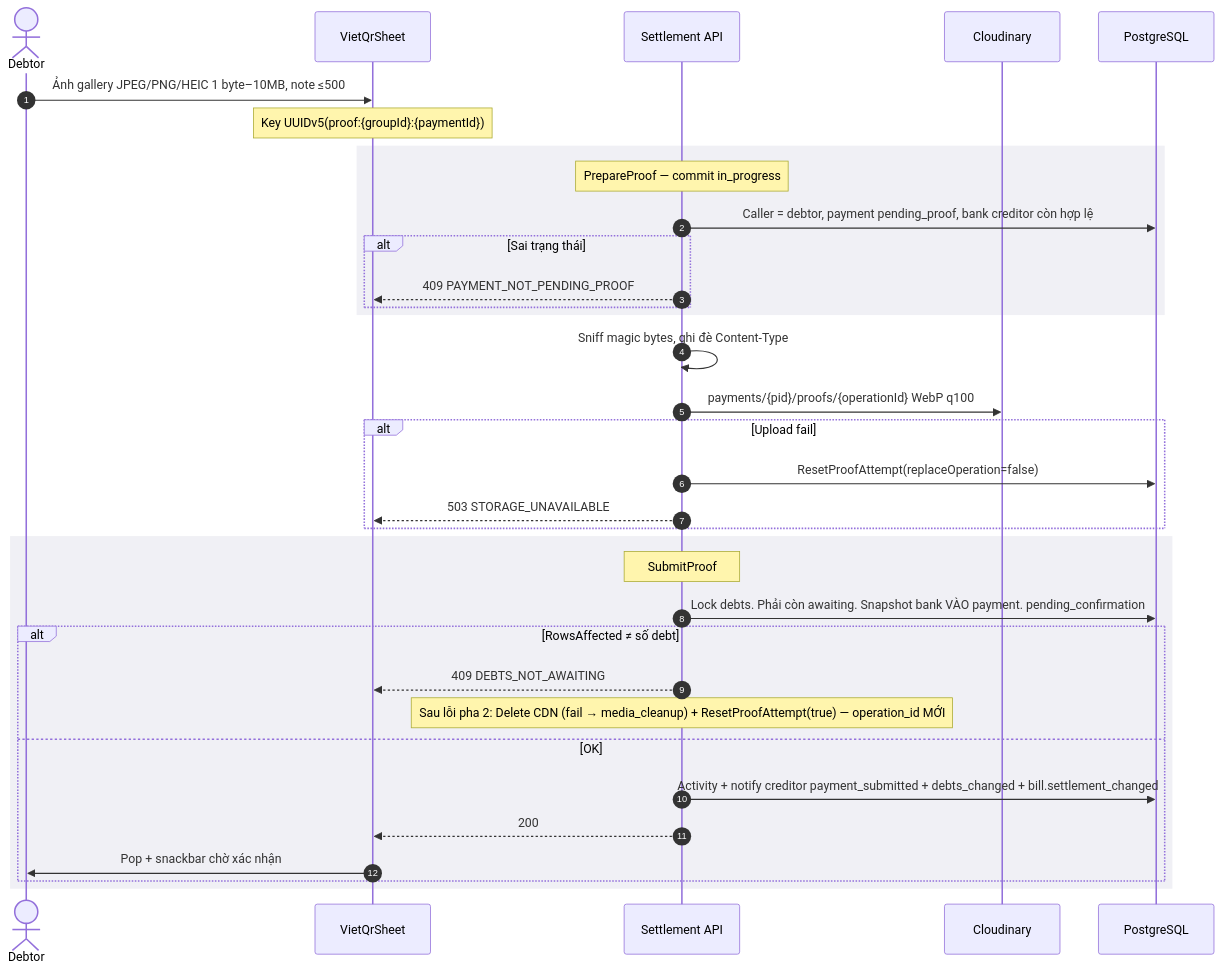
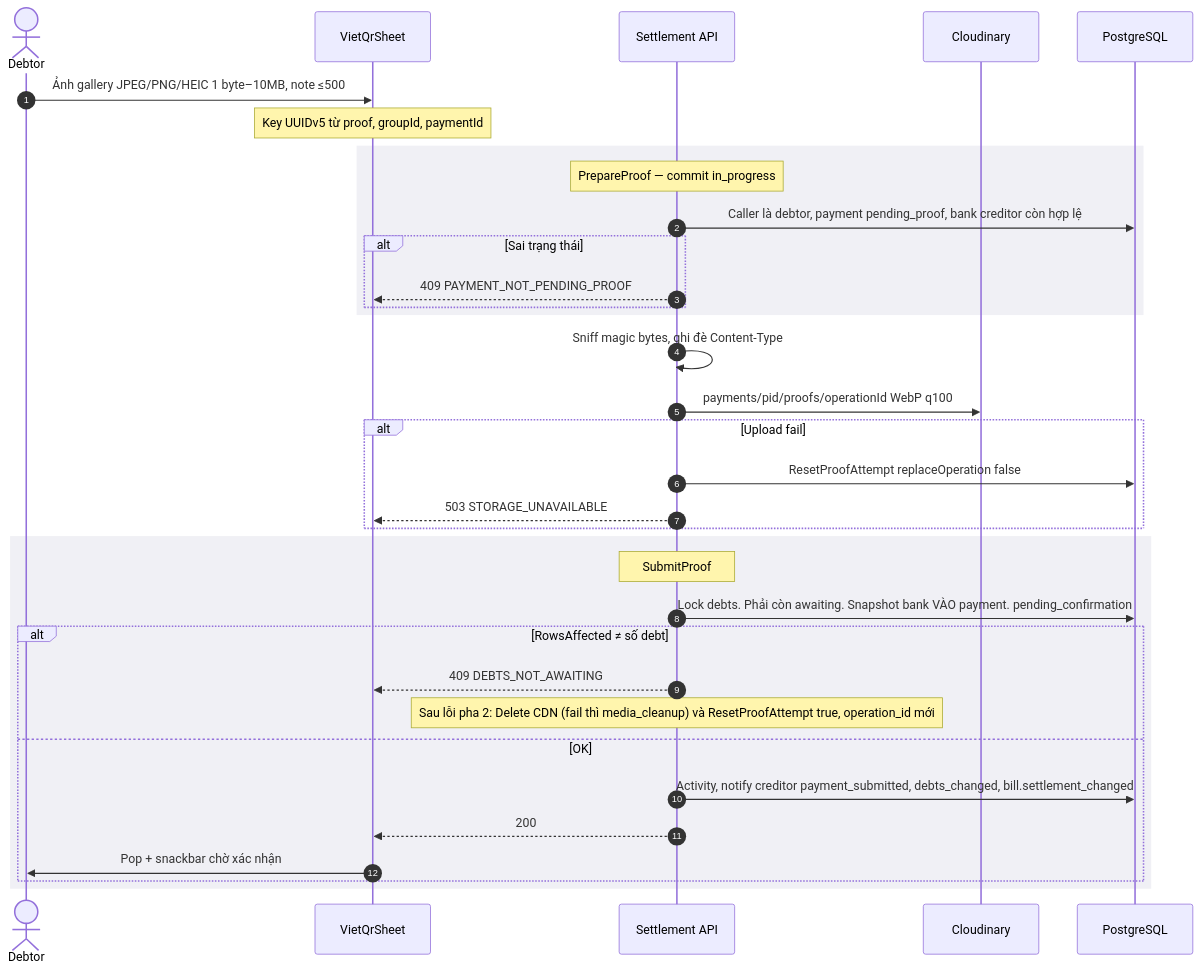
Before and after one commit to FintechVSF-Tranning/PaySplit-RP: the third of 8 diagrams in flow/04-settlement.md, drawn with Mermaid. The commit also changed other lines of this file and 7 other files, not shown here.

First line of the commit message:
Refactor notification flow and admin management documentation

````diff
--- a/flow/04-settlement.md
+++ b/flow/04-settlement.md
@@ -142,39 +162,39 @@
 ```mermaid
 sequenceDiagram
     autonumber
     actor U as Debtor
     participant FE as VietQrSheet
     participant BE as Settlement API
     participant CDN as Cloudinary
     participant DB as PostgreSQL
 
     U->>FE: Ảnh gallery JPEG/PNG/HEIC 1 byte–10MB, note ≤500
-    Note over FE: Key UUIDv5(proof:{groupId}:{paymentId})
+    Note over FE: Key UUIDv5 từ proof, groupId, paymentId
 
     rect rgb(240,240,245)
         Note over BE: PrepareProof — commit in_progress
-        BE->>DB: Caller = debtor, payment pending_proof, bank creditor còn hợp lệ
+        BE->>DB: Caller là debtor, payment pending_proof, bank creditor còn hợp lệ
         alt Sai trạng thái
             BE-->>FE: 409 PAYMENT_NOT_PENDING_PROOF
         end
     end
     BE->>BE: Sniff magic bytes, ghi đè Content-Type
-    BE->>CDN: payments/{pid}/proofs/{operationId} WebP q100
+    BE->>CDN: payments/pid/proofs/operationId WebP q100
     alt Upload fail
-        BE->>DB: ResetProofAttempt(replaceOperation=false)
+        BE->>DB: ResetProofAttempt replaceOperation false
         BE-->>FE: 503 STORAGE_UNAVAILABLE
     end
 
     rect rgb(240,240,245)
         Note over BE: SubmitProof
         BE->>DB: Lock debts. Phải còn awaiting. Snapshot bank VÀO payment. pending_confirmation
         alt RowsAffected ≠ số debt
             BE-->>FE: 409 DEBTS_NOT_AWAITING
-            Note over BE: Sau lỗi pha 2: Delete CDN (fail → media_cleanup) + ResetProofAttempt(true) — operation_id MỚI
+            Note over BE: Sau lỗi pha 2: Delete CDN (fail thì media_cleanup) và ResetProofAttempt true, operation_id mới
         else OK
-            BE->>DB: Activity + notify creditor payment_submitted + debts_changed + bill.settlement_changed
+            BE->>DB: Activity, notify creditor payment_submitted, debts_changed, bill.settlement_changed
             BE-->>FE: 200
             FE->>U: Pop + snackbar chờ xác nhận
         end
     end
 ```
````
